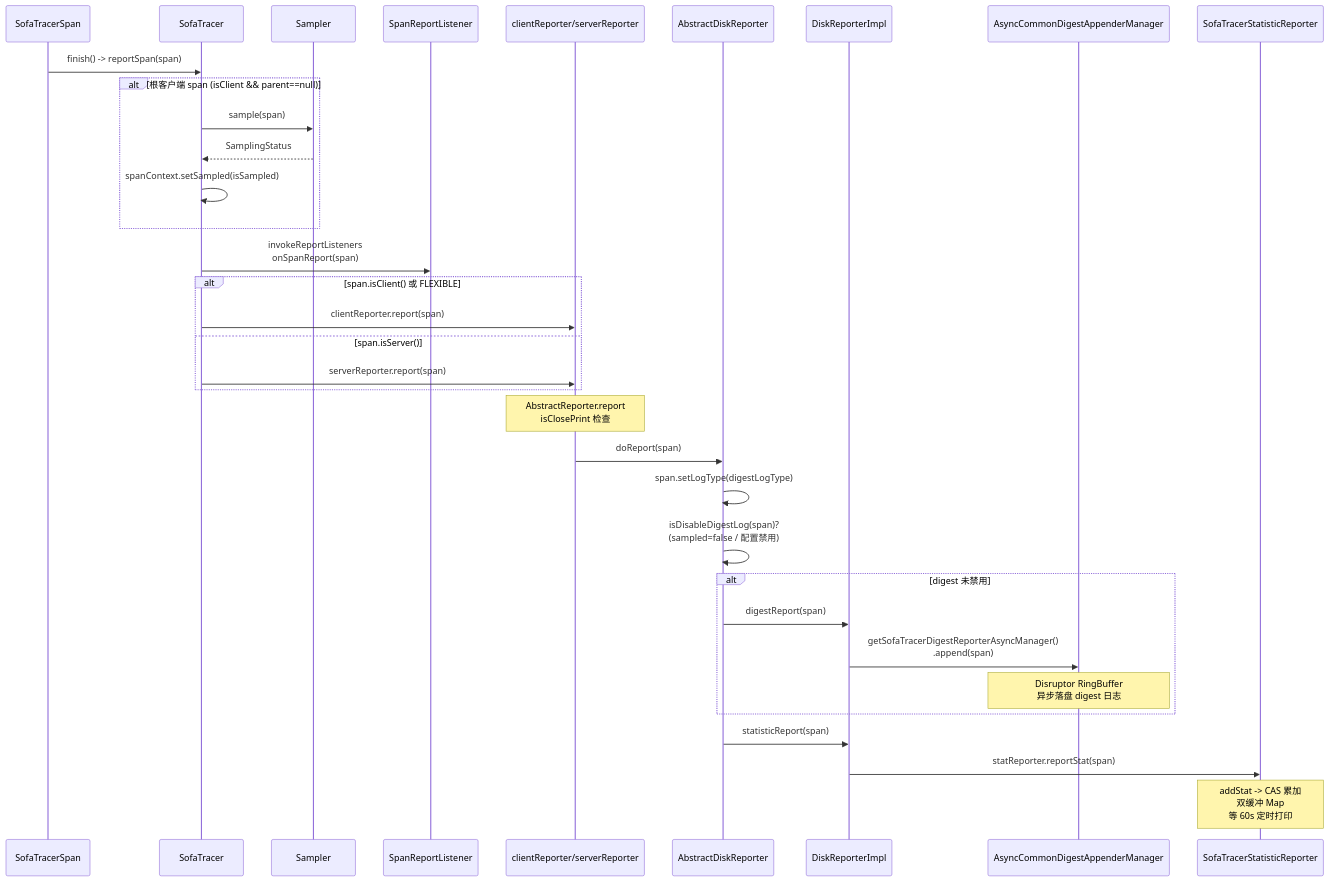
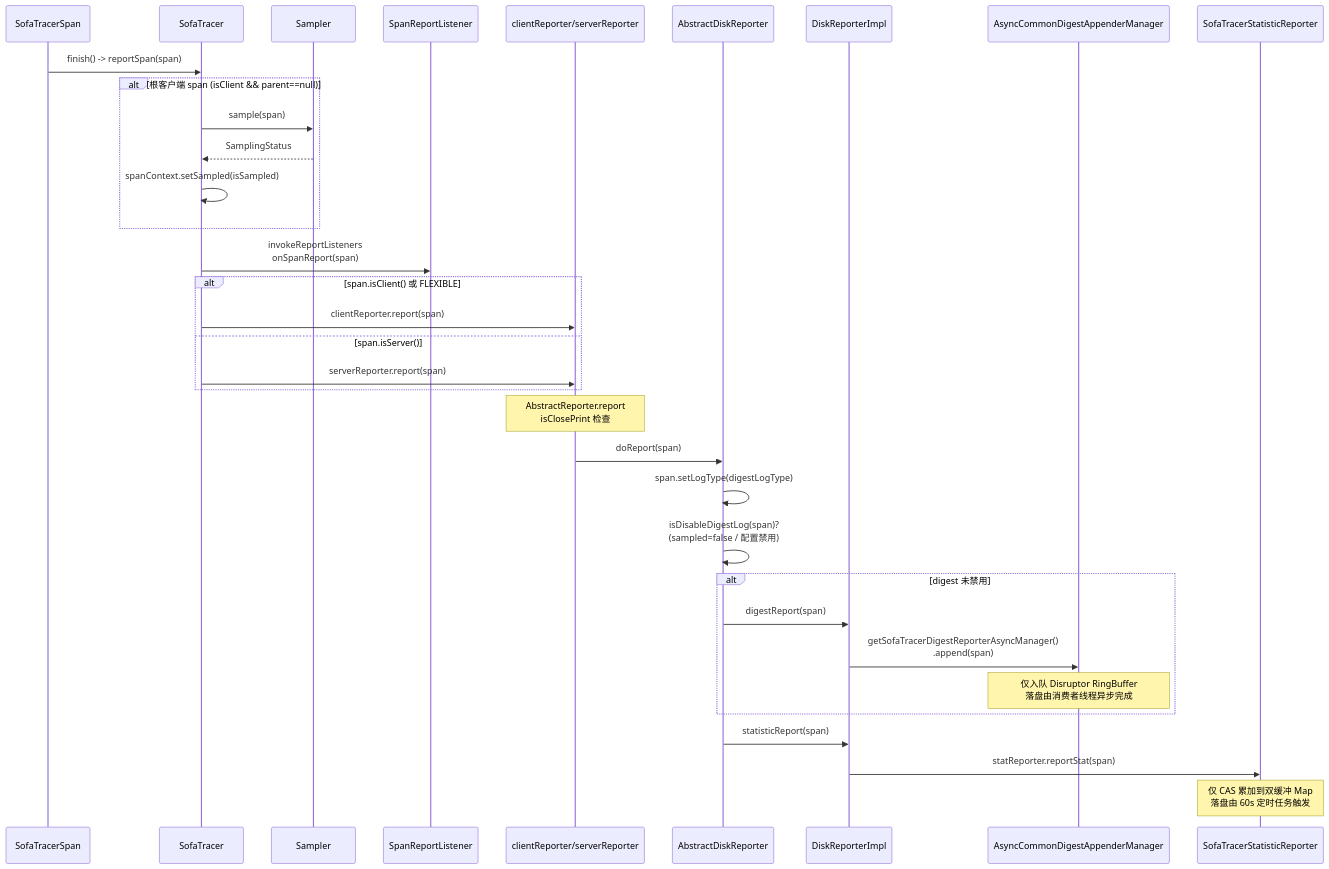
Before and after one commit to wenbin-usr/sofa-tracer: the tenth of 12 diagrams in SOFATracer实现原理深度源码解析.md, drawn with Mermaid.

````diff
--- a/SOFATracer实现原理深度源码解析.md
+++ b/SOFATracer实现原理深度源码解析.md
@@ -1294,37 +1294,37 @@
 ```mermaid
 sequenceDiagram
     participant Span as SofaTracerSpan
     participant Tracer as SofaTracer
     participant Sampler as Sampler
     participant Listener as SpanReportListener
     participant Rep as clientReporter/serverReporter
     participant ADR as AbstractDiskReporter
     participant Disk as DiskReporterImpl
     participant Async as AsyncCommonDigestAppenderManager
     participant Stat as SofaTracerStatisticReporter
 
     Span->>Tracer: finish() -> reportSpan(span)
     alt 根客户端 span (isClient && parent==null)
         Tracer->>Sampler: sample(span)
         Sampler-->>Tracer: SamplingStatus
         Tracer->>Tracer: spanContext.setSampled(isSampled)
     end
     Tracer->>Listener: invokeReportListeners<br/>onSpanReport(span)
     alt span.isClient() 或 FLEXIBLE
         Tracer->>Rep: clientReporter.report(span)
     else span.isServer()
         Tracer->>Rep: serverReporter.report(span)
     end
     Note over Rep: AbstractReporter.report<br/>isClosePrint 检查
     Rep->>ADR: doReport(span)
     ADR->>ADR: span.setLogType(digestLogType)
     ADR->>ADR: isDisableDigestLog(span)?<br/>(sampled=false / 配置禁用)
     alt digest 未禁用
         ADR->>Disk: digestReport(span)
         Disk->>Async: getSofaTracerDigestReporterAsyncManager()<br/>.append(span)
-        Note over Async: Disruptor RingBuffer<br/>异步落盘 digest 日志
+        Note over Async: 仅入队 Disruptor RingBuffer<br/>落盘由消费者线程异步完成
     end
     ADR->>Disk: statisticReport(span)
     Disk->>Stat: statReporter.reportStat(span)
-    Note over Stat: addStat -> CAS 累加<br/>双缓冲 Map<br/>等 60s 定时打印
+    Note over Stat: 仅 CAS 累加到双缓冲 Map<br/>落盘由 60s 定时任务触发
 ```
````
